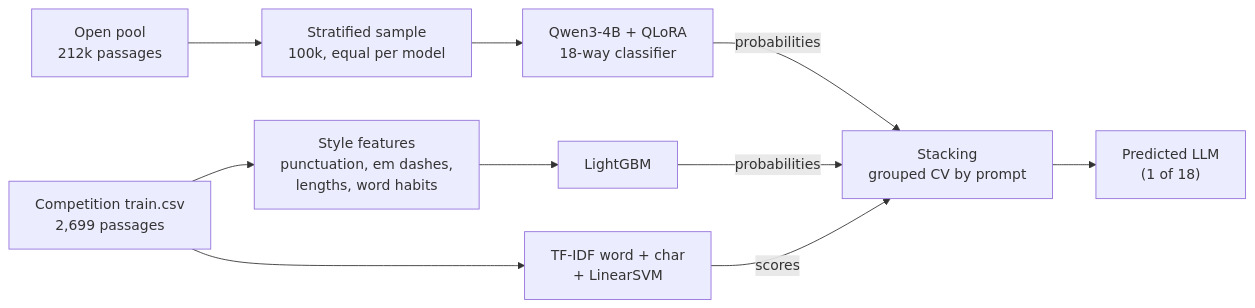
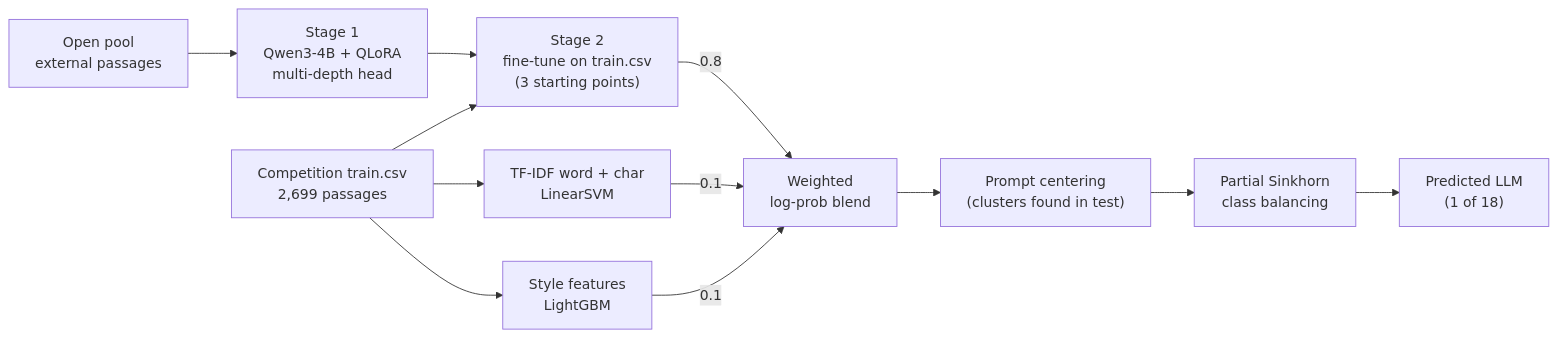
The diagram in README.md (varadarajjborkar/name_thy_llm), drawn with Mermaid before and after one commit. The commit also changed other lines of this file and 2 other files, not shown here.

Commit message:
Component 4: shared-prompt Gaussian (no gain on partial groups); README brought up to date

````diff
--- a/README.md
+++ b/README.md
@@ -11,12 +13,14 @@
 ```mermaid
 flowchart LR
-    pool["Open pool<br/>212k passages"] --> sample["Stratified sample<br/>100k, equal per model"]
-    sample --> qwen["Qwen3-4B + QLoRA<br/>18-way classifier"]
-    train["Competition train.csv<br/>2,699 passages"] --> feats["Style features<br/>punctuation, em dashes,<br/>lengths, word habits"]
-    feats --> gbm["LightGBM"]
-    train --> tfidf["TF-IDF word + char<br/>+ LinearSVM"]
-    qwen -->|probabilities| stack["Stacking<br/>grouped CV by prompt"]
-    gbm -->|probabilities| stack
-    tfidf -->|scores| stack
-    stack --> out["Predicted LLM<br/>(1 of 18)"]
+    pool["Open pool<br/>external passages"] --> s1["Stage 1<br/>Qwen3-4B + QLoRA<br/>multi-depth head"]
+    s1 --> s2["Stage 2<br/>fine-tune on train.csv<br/>(3 starting points)"]
+    train["Competition train.csv<br/>2,699 passages"] --> s2
+    train --> svm["TF-IDF word + char<br/>LinearSVM"]
+    train --> gbm["Style features<br/>LightGBM"]
+    s2 -->|0.8| blend["Weighted<br/>log-prob blend"]
+    svm -->|0.1| blend
+    gbm -->|0.1| blend
+    blend --> centre["Prompt centering<br/>(clusters found in test)"]
+    centre --> sink["Partial Sinkhorn<br/>class balancing"]
+    sink --> out["Predicted LLM<br/>(1 of 18)"]
 ```
````
